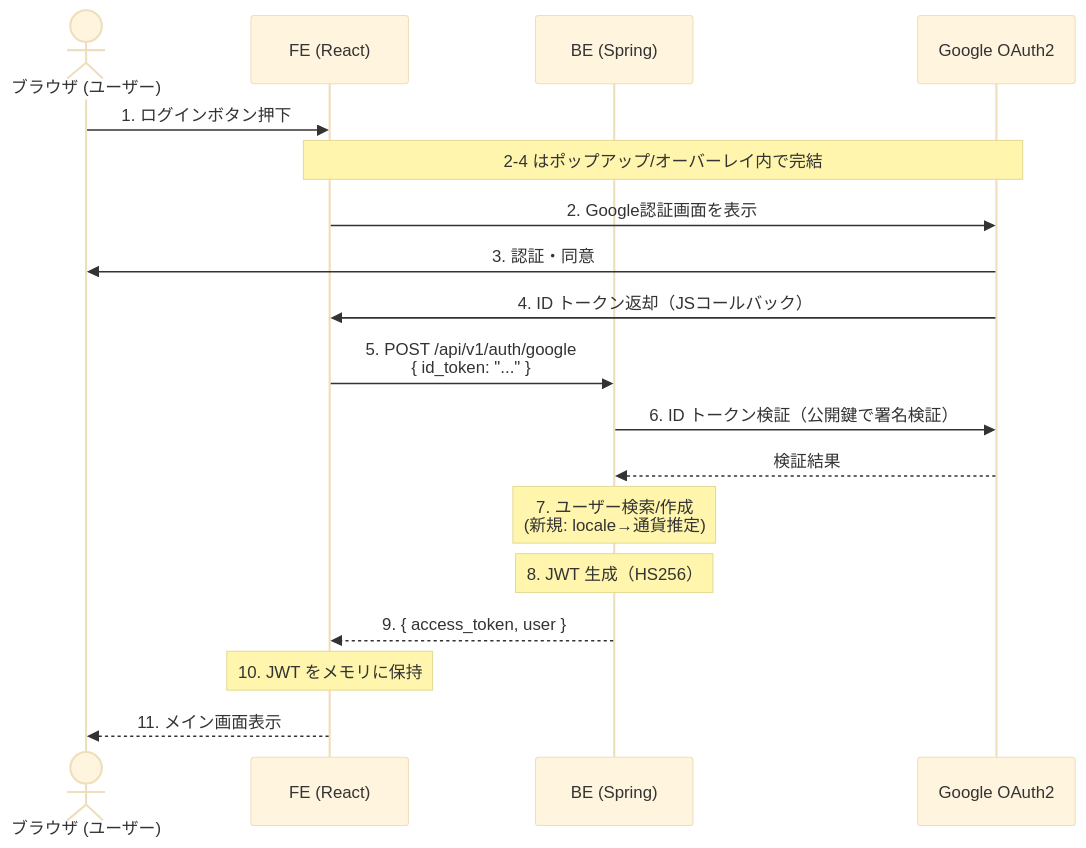
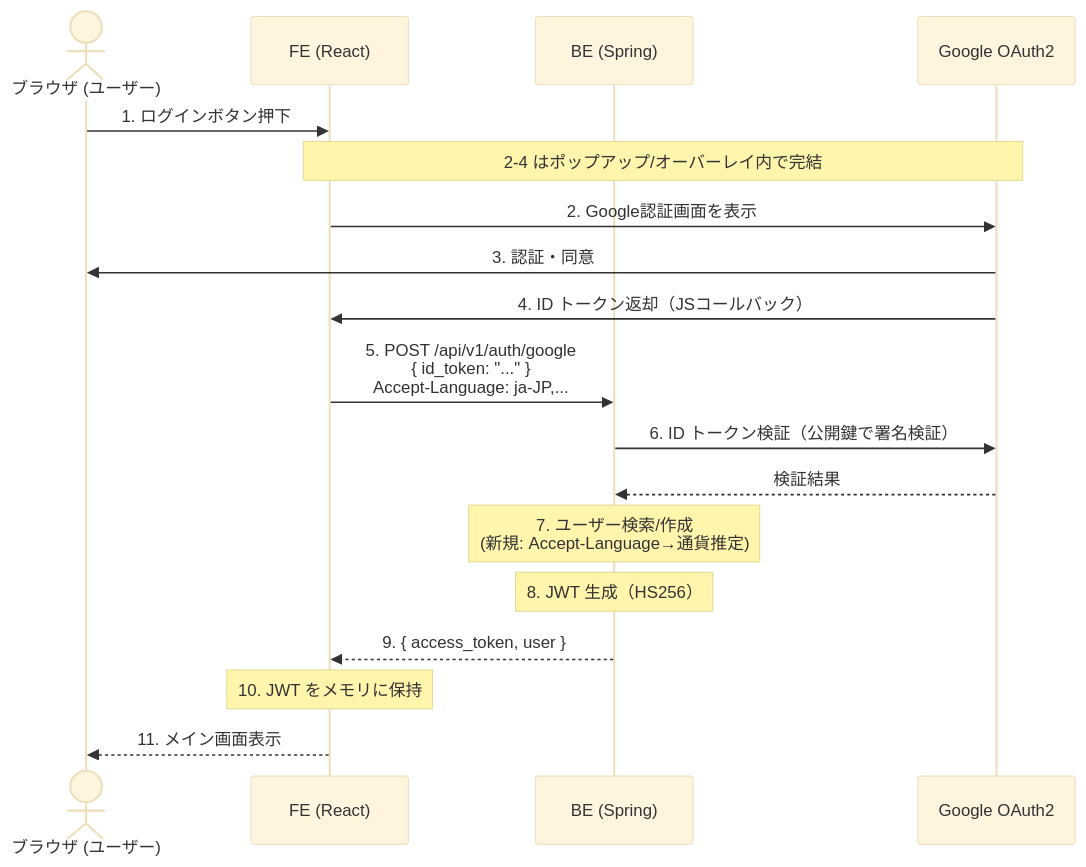
One commit to youmorry/expense-tracker changed the diagram in docs/03-design/auth-design.md. Above: the diagram before and after it, drawn with Mermaid (base theme). The commit also changed other lines of this file and 5 other files, not shown here.

````diff
--- a/docs/03-design/auth-design.md
+++ b/docs/03-design/auth-design.md
@@ -12,21 +12,21 @@
 ```mermaid
 sequenceDiagram
     actor User as ブラウザ (ユーザー)
     participant FE as FE (React)
     participant BE as BE (Spring)
     participant Google as Google OAuth2
 
     User->>FE: 1. ログインボタン押下
     Note over FE,Google: 2-4 はポップアップ/オーバーレイ内で完結
     FE->>Google: 2. Google認証画面を表示
     Google->>User: 3. 認証・同意
     Google->>FE: 4. ID トークン返却（JSコールバック）
-    FE->>BE: 5. POST /api/v1/auth/google<br>{ id_token: "..." }
+    FE->>BE: 5. POST /api/v1/auth/google<br>{ id_token: "..." }<br>Accept-Language: ja-JP,...
     BE->>Google: 6. ID トークン検証（公開鍵で署名検証）
     Google-->>BE: 検証結果
-    Note over BE: 7. ユーザー検索/作成<br>(新規: locale→通貨推定)
+    Note over BE: 7. ユーザー検索/作成<br>(新規: Accept-Language→通貨推定)
     Note over BE: 8. JWT 生成（HS256）
     BE-->>FE: 9. { access_token, user }
     Note over FE: 10. JWT をメモリに保持
     FE-->>User: 11. メイン画面表示
 ```
````
